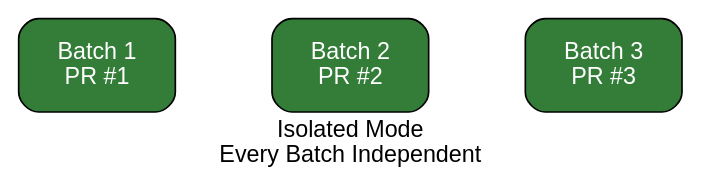
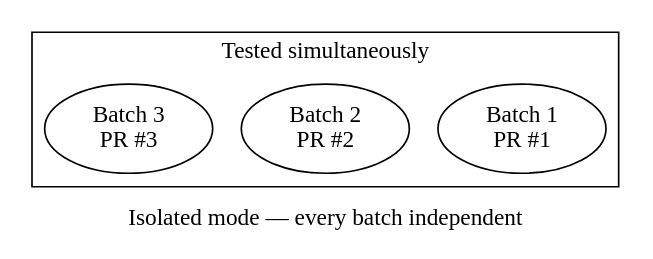
Before and after one commit to Mergifyio/docs: the fifth of 5 diagrams in src/content/docs/merge-queue/queue-modes.mdx, drawn with Graphviz. The commit also changed other lines of this file and 20 other files, not shown here.

````diff
--- a/src/content/docs/merge-queue/queue-modes.mdx
+++ b/src/content/docs/merge-queue/queue-modes.mdx
@@ -432,26 +388,15 @@
-```dot class="graph"
-strict digraph {
-  fontname="sans-serif";
-  rankdir="TB";
-  label="Isolated Mode\nEvery Batch Independent";
-  nodesep=0.8;
-  ranksep=0.6;
-
-  node [shape=box, style="rounded,filled", fontcolor="white", fontname="sans-serif", margin="0.3,0.18"];
+```dot class="flow"
+digraph {
+  label="Isolated mode — every batch independent";
   edge [style=invis];
 
   subgraph cluster_running {
-    style="rounded,filled";
-    fillcolor="#1CB893";
-    color="#1CB893";
-    fontcolor="#000000";
+    class="batch";
     label="Tested simultaneously";
-
-    PR1 [label="Batch 1\nPR #1", fillcolor="#347D39"];
-    PR2 [label="Batch 2\nPR #2", fillcolor="#347D39"];
-    PR3 [label="Batch 3\nPR #3", fillcolor="#347D39"];
+    PR1 [label="Batch 1\nPR #1", class="pending"];
+    PR2 [label="Batch 2\nPR #2", class="pending"];
+    PR3 [label="Batch 3\nPR #3", class="pending"];
+    { rank=same; PR1; PR2; PR3; }
   }
-
-  { rank=same; PR1; PR2; PR3; }
 }
 ```
````
